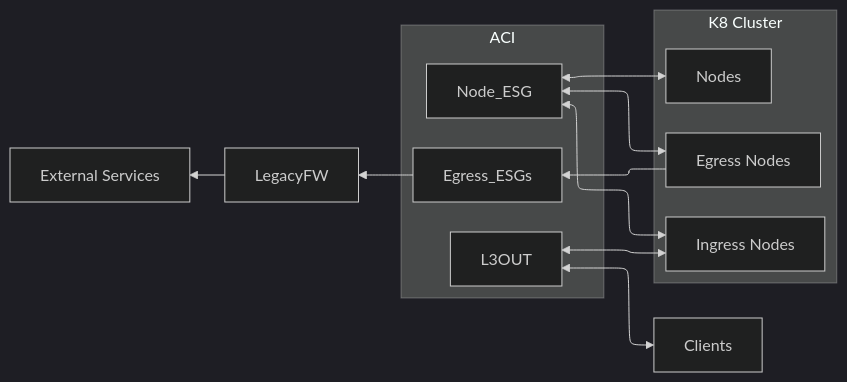
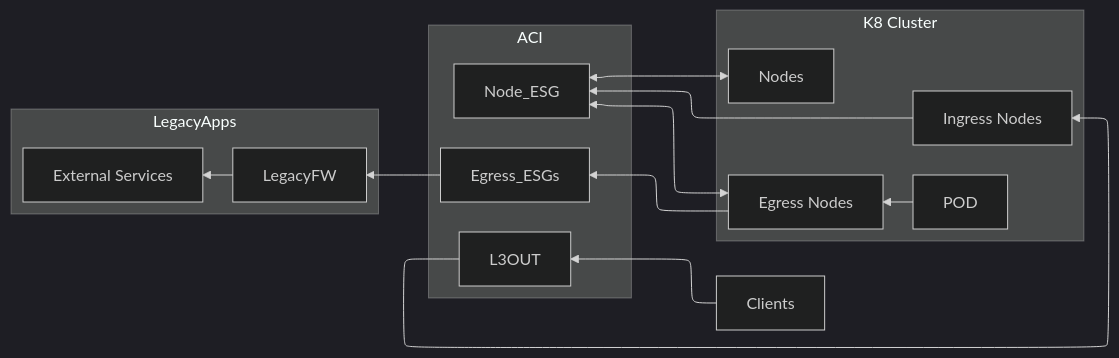
The first of 2 diagrams in README.md (camrossi/aci-k8s-demo), drawn with Mermaid (dark theme) before and after one commit.

Commit message:
docs: Update Flowchart

````diff
--- a/README.md
+++ b/README.md
@@ -23,23 +23,29 @@
 ```mermaid
     flowchart-elk RL
         subgraph K8 Cluster
             N["Nodes"]
             IN["Ingress Nodes"]
             EN["Egress Nodes"]
+            POD
         end
         subgraph ACI
             L3OUT
             Node_ESG
             Egress_ESGs
         end
-        Clients <--> L3OUT
-        ext["External Services"]
-        LegacyFW
+        subgraph LegacyApps
+            ext["External Services"]
+            LegacyFW
+        end
+        Clients
+        Clients --> L3OUT
         N <--> Node_ESG
-        IN <--> L3OUT
-        IN <--> Node_ESG
+        L3OUT  --> IN
+        IN --> Node_ESG
         EN <--> Node_ESG
+        POD --> EN
         EN --> Egress_ESGs
         Egress_ESGs --> LegacyFW
         LegacyFW --> ext
+        
 ```
````
